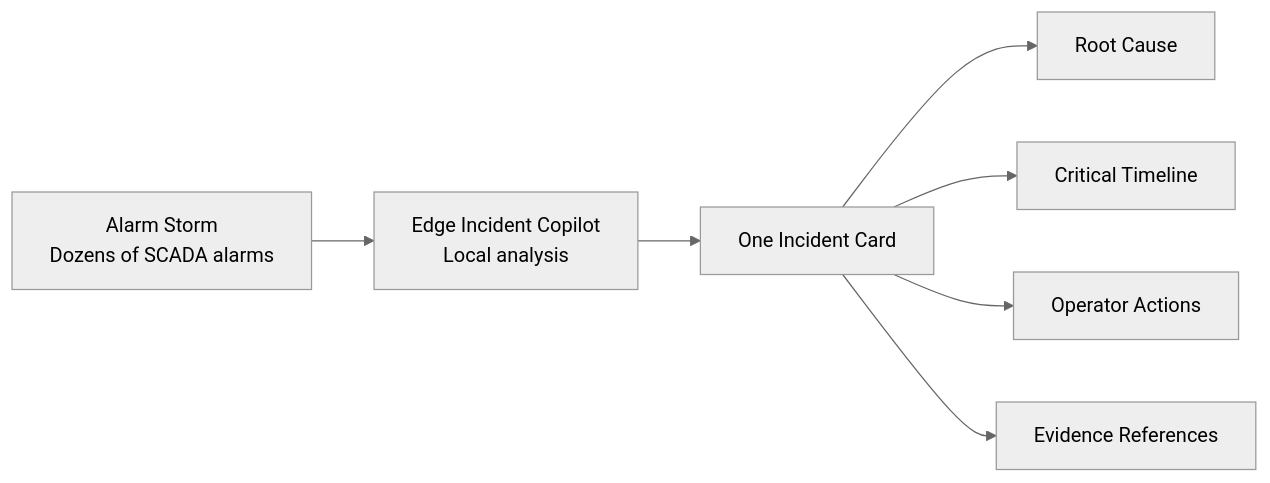
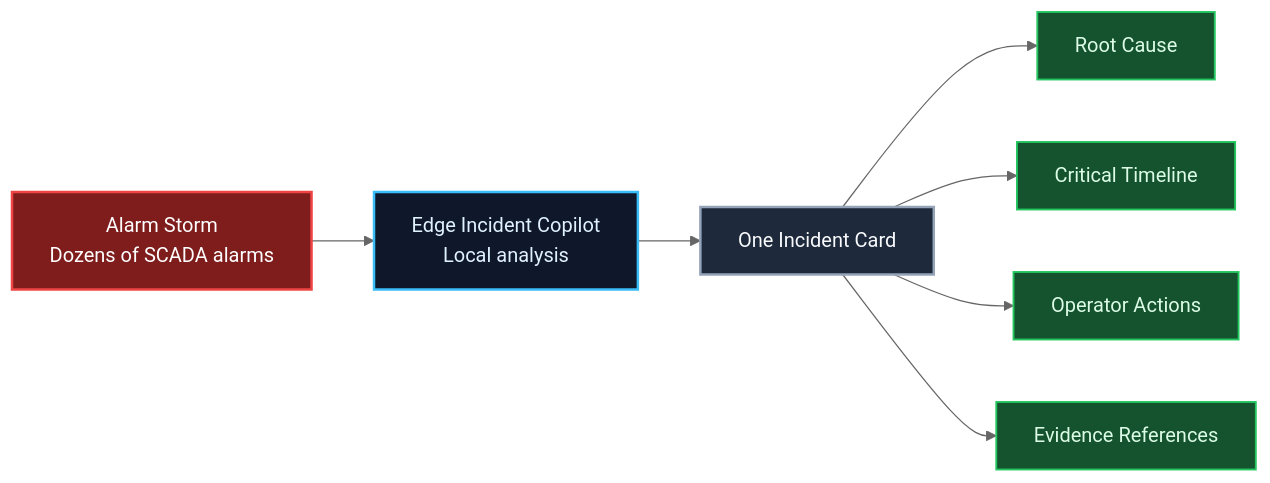
The first of 4 diagrams in README.md (chunkai4u/edge-incident-copilot), drawn with Mermaid (neutral theme) before and after one commit. The commit also changed other lines of this file, not shown here.

Commit message:
Improve README diagrams

````diff
--- a/README.md
+++ b/README.md
@@ -21,9 +21,18 @@
 ```mermaid
 flowchart LR
     A[Alarm Storm<br/>Dozens of SCADA alarms] --> B[Edge Incident Copilot<br/>Local analysis]
     B --> C[One Incident Card]
     C --> D[Root Cause]
     C --> E[Critical Timeline]
     C --> F[Operator Actions]
     C --> G[Evidence References]
+
+    classDef alarm fill:#7f1d1d,stroke:#ef4444,color:#ffffff,stroke-width:2px;
+    classDef copilot fill:#0f172a,stroke:#38bdf8,color:#e0f2fe,stroke-width:2px;
+    classDef card fill:#1e293b,stroke:#94a3b8,color:#f8fafc,stroke-width:2px;
+    classDef output fill:#14532d,stroke:#22c55e,color:#dcfce7,stroke-width:1.5px;
+    class A alarm;
+    class B copilot;
+    class C card;
+    class D,E,F,G output;
 ```
````
